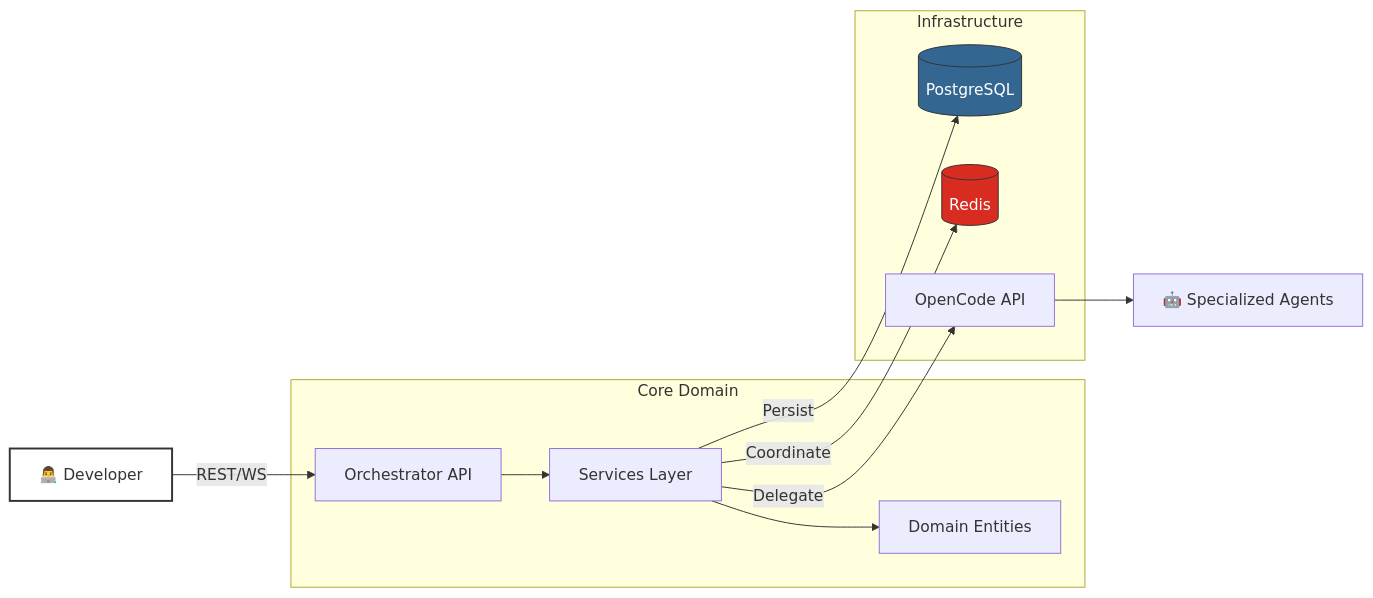
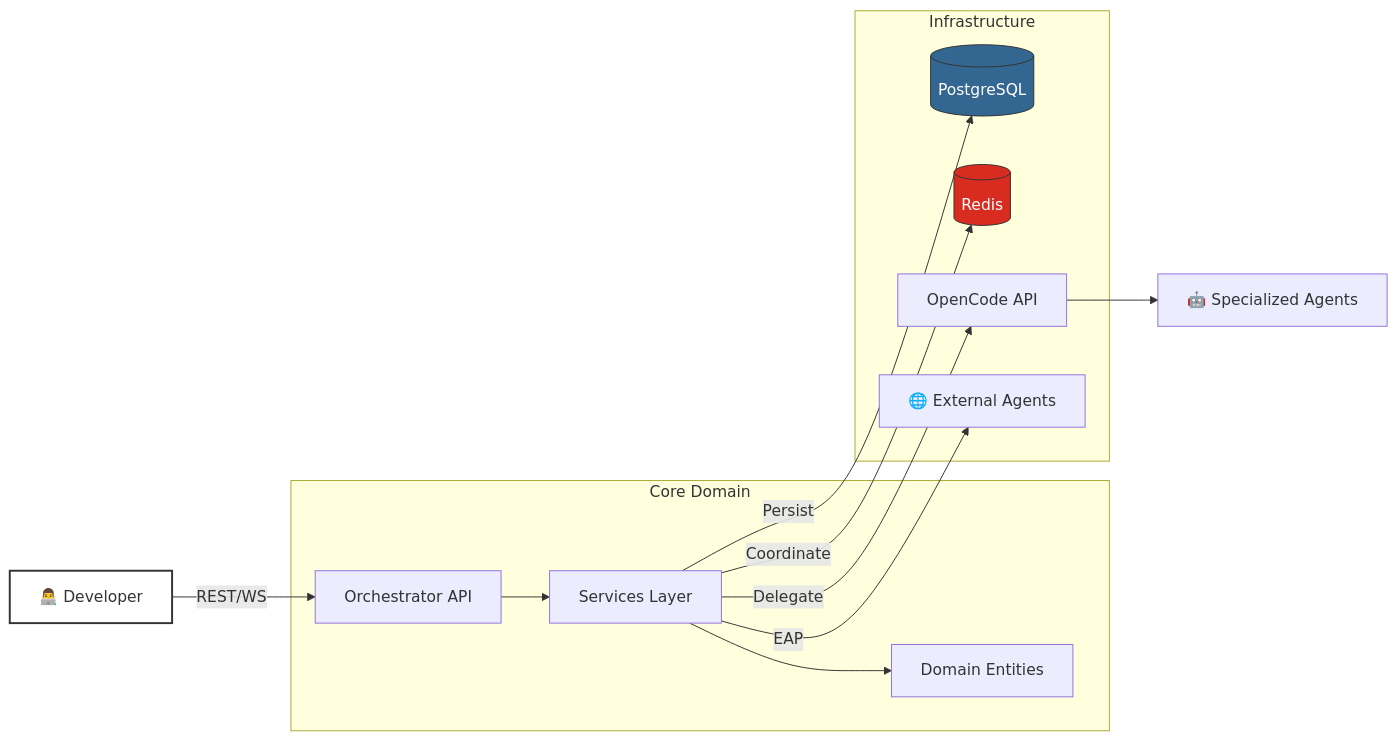
Before and after one commit to nordeim/OpenCode-Industrial-Orchestrator: the diagram in README.md, drawn with Mermaid. The commit also changed other lines of this file and 17 other files, not shown here.

````diff
--- a/README.md
+++ b/README.md
@@ -90,21 +91,22 @@
 ```mermaid
 graph LR
     User[👨‍💻 Developer] -->|REST/WS| API[Orchestrator API]
     
     subgraph "Core Domain"
         API --> Services[Services Layer]
         Services --> Entities[Domain Entities]
     end
     
     subgraph "Infrastructure"
         Services -->|Persist| PG[(PostgreSQL)]
         Services -->|Coordinate| Redis[(Redis)]
         Services -->|Delegate| OpenCode[OpenCode API]
+        Services -->|EAP| ExtAgents[🌐 External Agents]
     end
     
     OpenCode --> Agents[🤖 Specialized Agents]
     
     style User fill:#fff,stroke:#333,stroke-width:2px
     style PG fill:#336791,stroke:#333,color:#fff
     style Redis fill:#D82C20,stroke:#333,color:#fff
 ```
````
